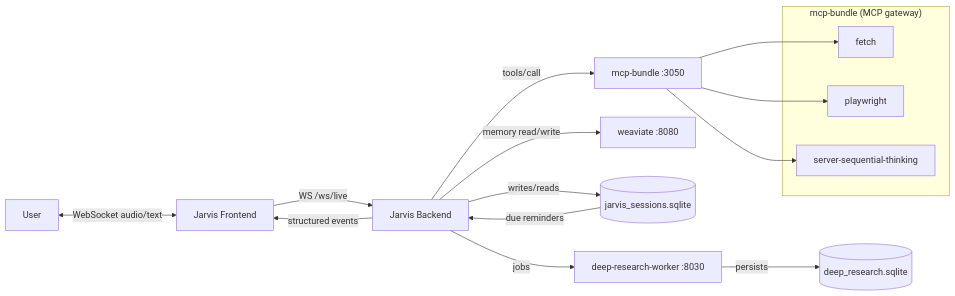
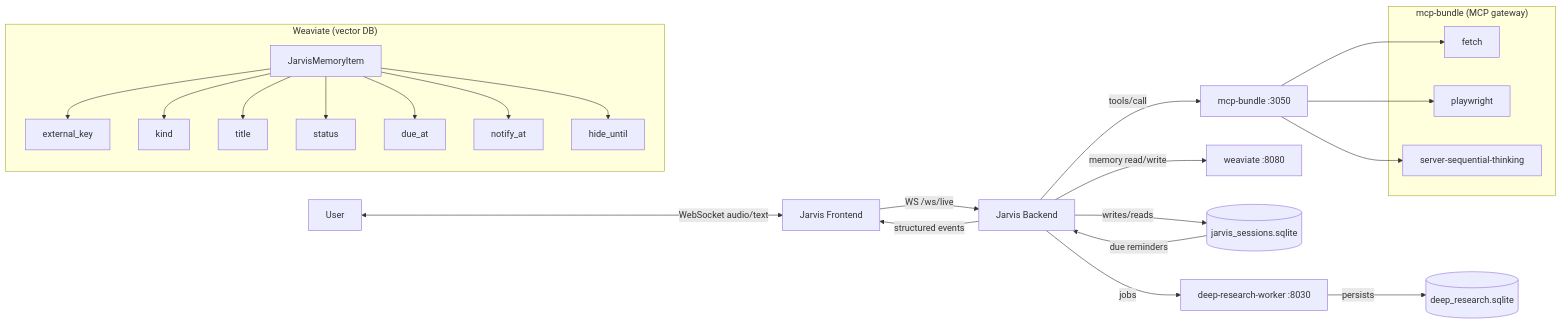
The diagram in services/assistance/README.md (tonezzz/chaba), drawn with Mermaid before and after one commit.

Commit message:
docs: add weaviate details to overview chart

````diff
--- a/services/assistance/README.md
+++ b/services/assistance/README.md
@@ -5,25 +5,44 @@
 ```mermaid
 flowchart LR
   U[User] <-->|WebSocket audio/text| FE[Jarvis Frontend]
   FE -->|WS /ws/live| BE[Jarvis Backend]
 
   BE -->|tools/call| MCP[mcp-bundle :3050]
   BE -->|memory read/write| WV[weaviate :8080]
   BE -->|writes/reads| DB[(jarvis_sessions.sqlite)]
 
   BE -->|jobs| DR[deep-research-worker :8030]
   DR -->|persists| DRDB[(deep_research.sqlite)]
 
   DB -->|due reminders| BE
   BE -->|structured events| FE
 
   subgraph MCP_bundle["mcp-bundle (MCP gateway)"]
     MCPF[fetch]
     MCPP[playwright]
     MCPS[server-sequential-thinking]
   end
 
   MCP --> MCPF
   MCP --> MCPP
   MCP --> MCPS
+
+  subgraph WEAVIATE["Weaviate (vector DB)"]
+    WVC[JarvisMemoryItem]
+    WVK[external_key]
+    WVKind[kind]
+    WVStatus[status]
+    WVDue[due_at]
+    WVNotify[notify_at]
+    WVHide[hide_until]
+    WVTitle[title]
+  end
+
+  WVC --> WVK
+  WVC --> WVKind
+  WVC --> WVTitle
+  WVC --> WVStatus
+  WVC --> WVDue
+  WVC --> WVNotify
+  WVC --> WVHide
 ```
````
